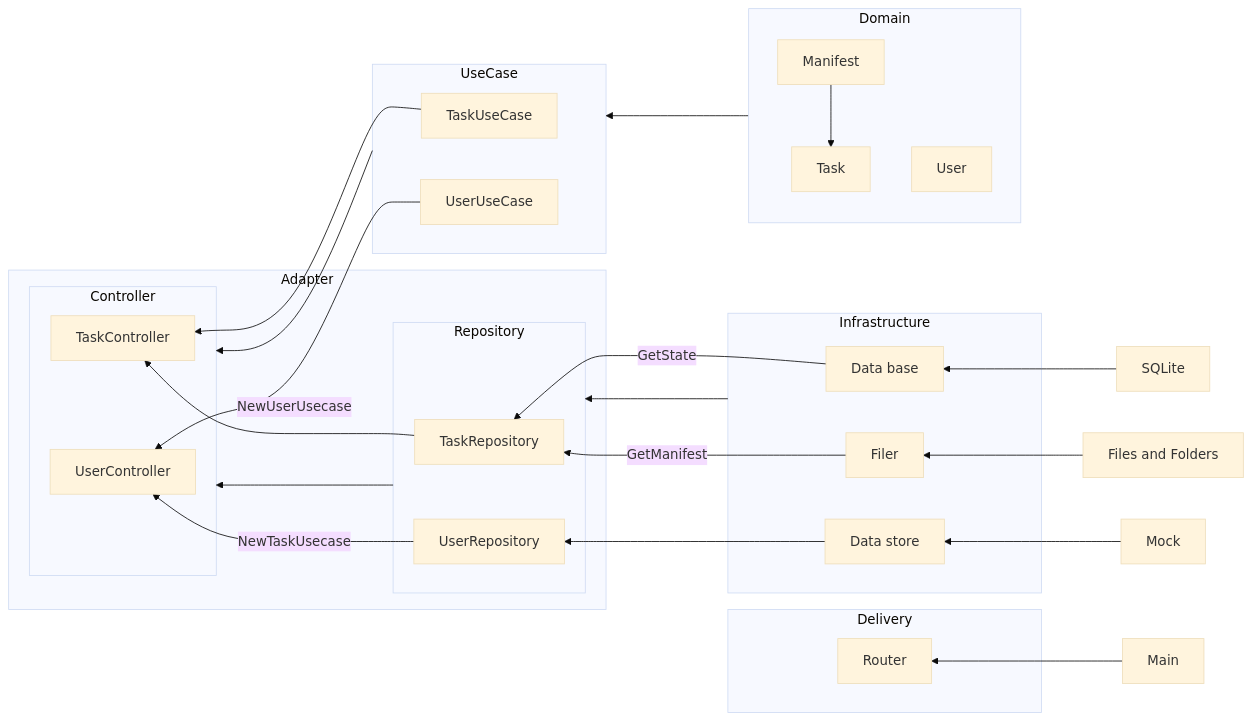
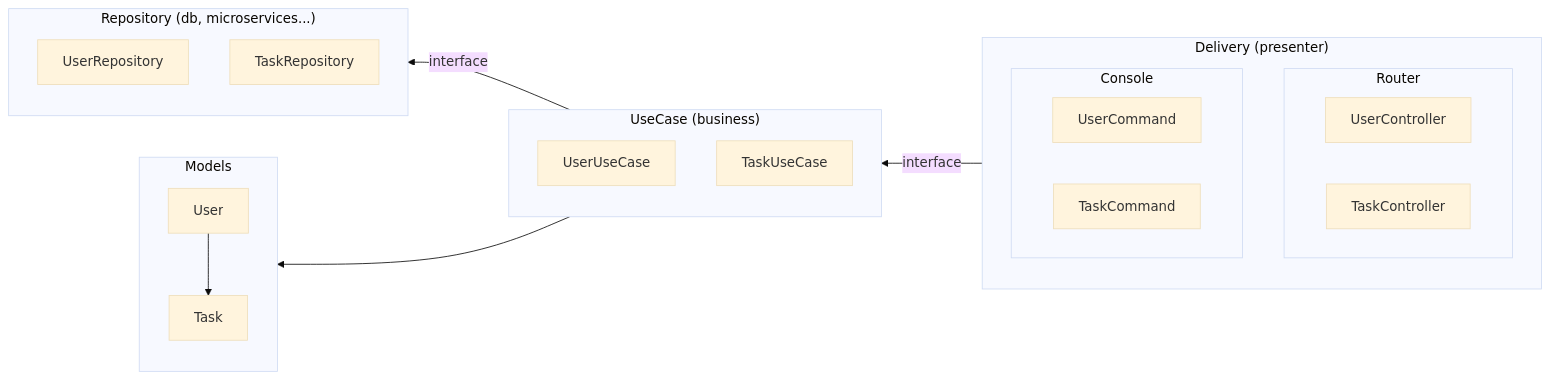
One commit to bernardolm/step-task changed the first of 3 diagrams in mermaid.md. Above: the diagram before and after it, drawn with Mermaid (base theme). The commit also changed other lines of this file and 2 other files, not shown here.

````diff
--- a/mermaid.md
+++ b/mermaid.md
@@ -3,55 +25,31 @@
 ```mermaid
 flowchart RL;
-    DataBaseInfra--GetState-->TaskRepository
-    DataStoreInfra-->UserRepository
-    Domain-->UseCase
-    FilerInfra--GetManifest-->TaskRepository
-    FilesAndFolders[Files and Folders]-->FilerInfra
-    Infrastructure-->Repository
-    Main-->Router
-    Mock-->DataStoreInfra
-    Repository-->Controller
-    SQLite-->DataBaseInfra
-    TaskRepository-->TaskController
-    TaskUseCase-->TaskController
-    UseCase-->Controller
-    UserRepository--NewTaskUsecase-->UserController
-    UserUseCase--NewUserUsecase-->UserController
+    UseCase--interface-->Repository
+    Delivery--interface-->UseCase
+    UseCase-->Models
 
-    subgraph Controller
-    UserController
-    TaskController
+    subgraph Models
+    User-->Task
     end
 
-    subgraph Delivery
-    Router
+    subgraph Repository ["Repository (db, microservices...)"]
+    UserRepository
+    TaskRepository
     end
 
-    subgraph UseCase
+    subgraph UseCase ["UseCase (business)"]
     UserUseCase
     TaskUseCase
     end
 
-    subgraph Infrastructure
-    DataStoreInfra[Data store]
-    DataBaseInfra[Data base]
-    FilerInfra[Filer]
+    subgraph Delivery ["Delivery (presenter)"]
+    subgraph Router
+        UserController
+        TaskController
     end
-
-    subgraph Repository
-    UserRepository
-    TaskRepository
+    subgraph Console
+        UserCommand
+        TaskCommand
     end
-
-    subgraph Adapter
-    Repository
-    Controller
-    end
-
-    subgraph Domain
-    Task
-    Manifest
-    User
-    Manifest-->Task
     end
 ```
````
